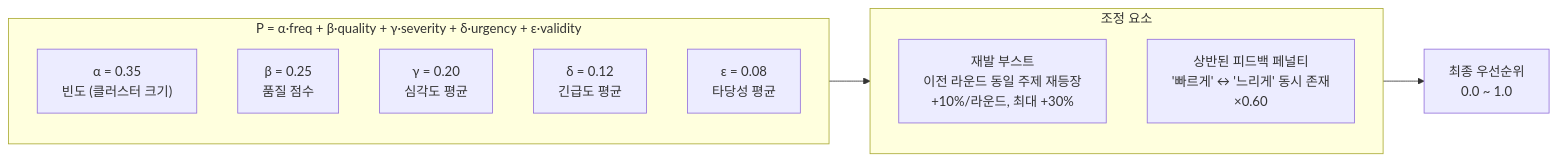
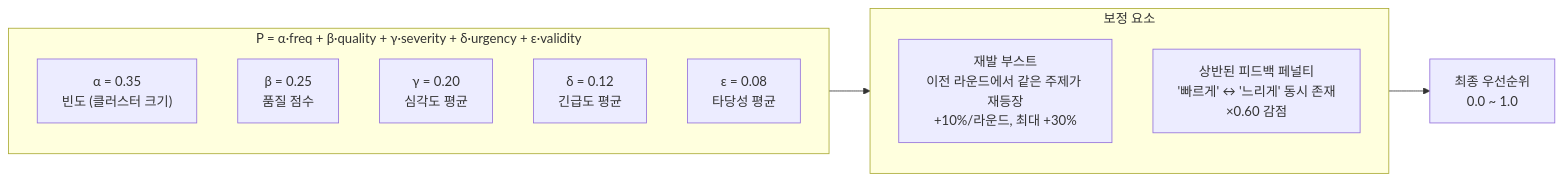
One commit to Userlsj-project/VideoLabs changed the sixth of 8 diagrams in PRESENTATION.md. Above: the diagram before and after it, drawn with Mermaid. The commit also changed other lines of this file, not shown here.

````diff
--- a/PRESENTATION.md
+++ b/PRESENTATION.md
@@ -152,17 +193,17 @@
 ```mermaid
 flowchart LR
     subgraph FORMULA["P = α·freq + β·quality + γ·severity + δ·urgency + ε·validity"]
         W1["α = 0.35\n빈도 (클러스터 크기)"]
         W2["β = 0.25\n품질 점수"]
         W3["γ = 0.20\n심각도 평균"]
         W4["δ = 0.12\n긴급도 평균"]
         W5["ε = 0.08\n타당성 평균"]
     end
 
-    subgraph ADJUST[조정 요소]
-        A1[재발 부스트\n이전 라운드 동일 주제 재등장\n+10%/라운드, 최대 +30%]
-        A2[상반된 피드백 페널티\n'빠르게' ↔ '느리게' 동시 존재\n×0.60]
+    subgraph ADJUST[보정 요소]
+        A1[재발 부스트\n이전 라운드에서 같은 주제가 재등장\n+10%/라운드, 최대 +30%]
+        A2[상반된 피드백 페널티\n'빠르게' ↔ '느리게' 동시 존재\n×0.60 감점]
     end
 
     FORMULA --> ADJUST --> OUT[최종 우선순위\n0.0 ~ 1.0]
 ```
````
